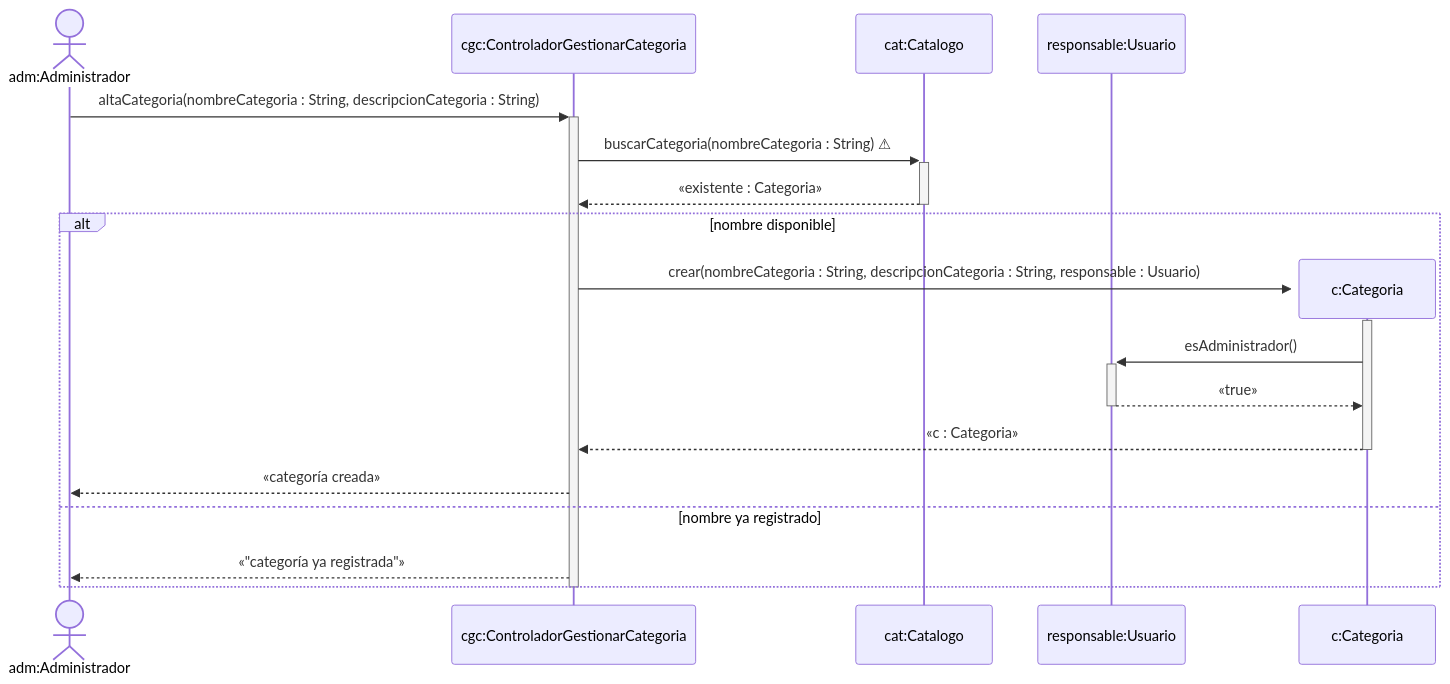
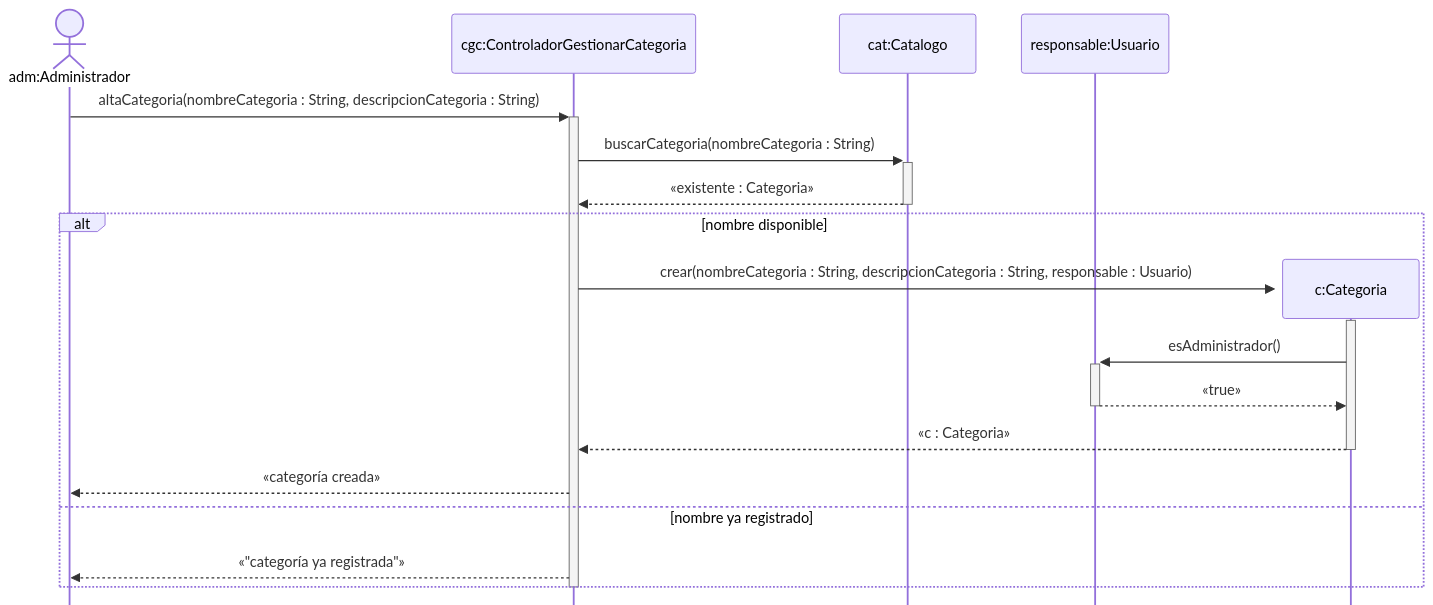
Before and after one commit to cirotop/Stock-Project: the fourth of 12 diagrams in 08-Diagrama De Secuencia/Diagramas_de_Secuencia.md, drawn with Mermaid. The commit also changed other lines of this file and 2 other files, not shown here.

````diff
--- a/08-Diagrama De Secuencia/Diagramas_de_Secuencia.md
+++ b/08-Diagrama De Secuencia/Diagramas_de_Secuencia.md
@@ -113,22 +115,23 @@
 ```mermaid
+%%{init: {"sequence": {"mirrorActors": false}, "themeCSS": ".loopLine { stroke-dasharray: none !important; stroke-width: 1.5px !important; }"}}%%
 sequenceDiagram
     actor adm as adm:Administrador
     participant cgc as cgc:ControladorGestionarCategoria
     participant cat as cat:Catalogo
     participant resp as responsable:Usuario
 
     adm->>+cgc: altaCategoria(nombreCategoria : String, descripcionCategoria : String)
-    cgc->>+cat: buscarCategoria(nombreCategoria : String) ⚠
+    cgc->>+cat: buscarCategoria(nombreCategoria : String)
     cat-->>-cgc: «existente : Categoria»
     alt nombre disponible
         create participant c as c:Categoria
         cgc->>+c: crear(nombreCategoria : String, descripcionCategoria : String, responsable : Usuario)
         c->>+resp: esAdministrador()
         resp-->>-c: «true»
         c-->>-cgc: «c : Categoria»
         cgc-->>adm: «categoría creada»
     else nombre ya registrado
         cgc-->>adm: «"categoría ya registrada"»
     end
     deactivate cgc
 ```
````
